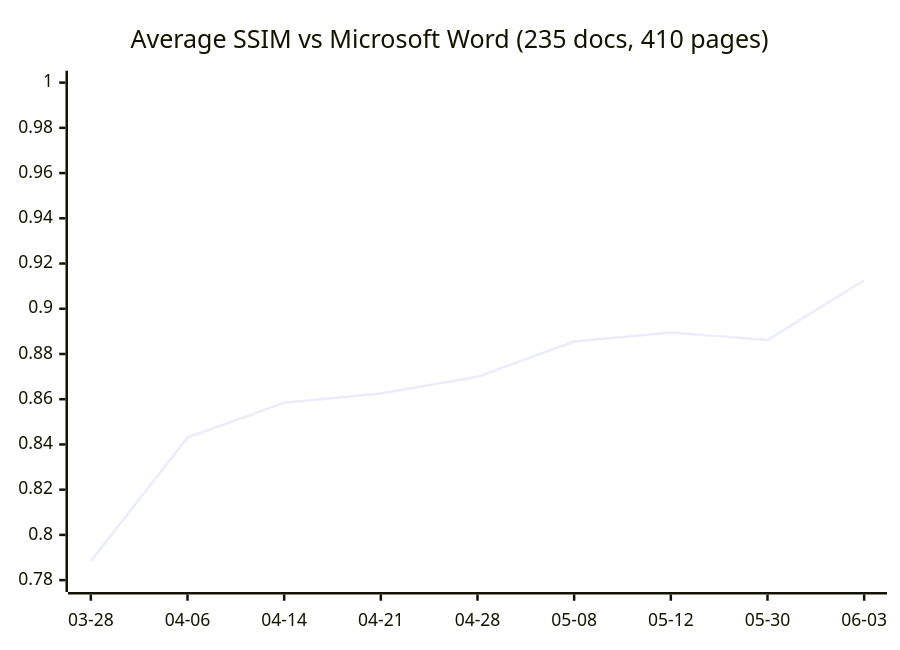
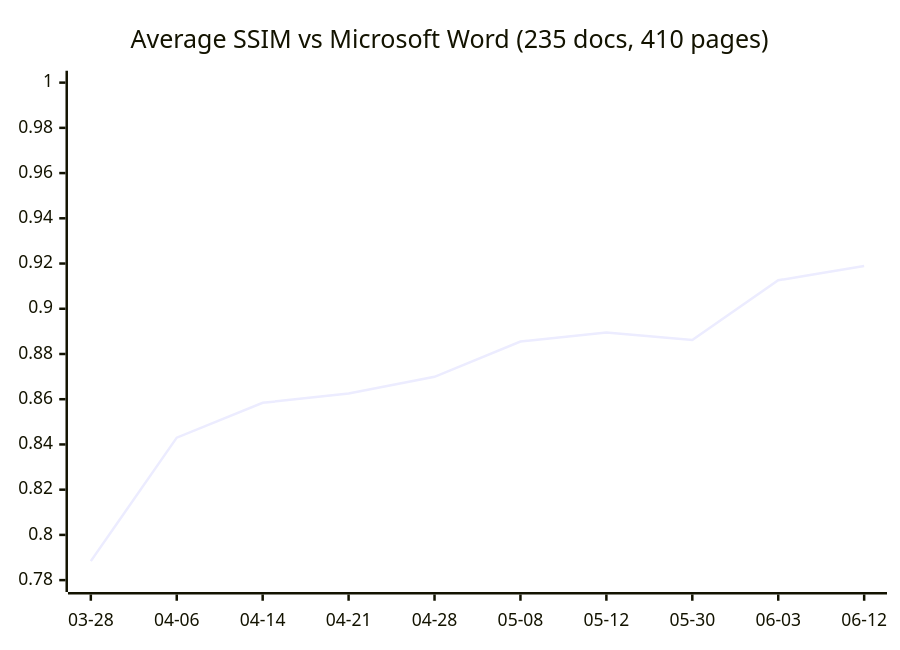
The diagram in README.md (Ryujiyasu/oxi), drawn with Mermaid before and after one commit. The commit also changed other lines of this file and 9 other files, not shown here.

````diff
--- a/README.md
+++ b/README.md
@@ -213,7 +213,7 @@
 ```mermaid
 xychart-beta
   title "Average SSIM vs Microsoft Word (235 docs, 410 pages)"
-  x-axis ["03-28", "04-06", "04-14", "04-21", "04-28", "05-08", "05-12", "05-30", "06-03"]
+  x-axis ["03-28", "04-06", "04-14", "04-21", "04-28", "05-08", "05-12", "05-30", "06-03", "06-12"]
   y-axis 0.78 --> 1.0
-  line [0.7884, 0.8430, 0.8584, 0.8625, 0.8699, 0.8855, 0.8895, 0.8862, 0.9126]
+  line [0.7884, 0.8430, 0.8584, 0.8625, 0.8699, 0.8855, 0.8895, 0.8862, 0.9126, 0.9189]
 ```
````
